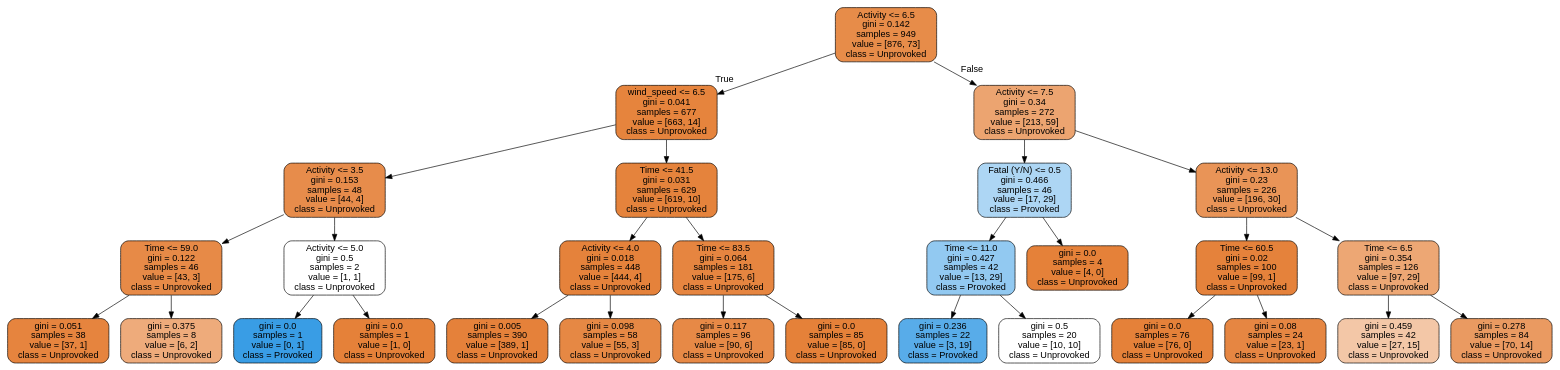
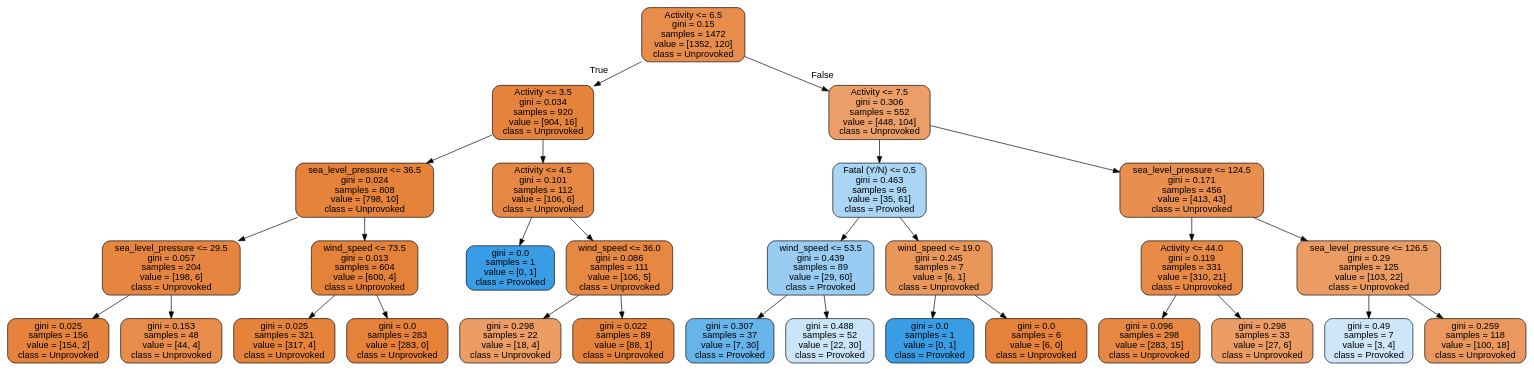
One commit to joshuapalicka/SharkAttackAnalysis changed the diagram in shark_attack_tree.dot. Above: the diagram before and after it, drawn with Graphviz. The commit also changed 5 other files, not shown here.

```diff
--- a/shark_attack_tree.dot
+++ b/shark_attack_tree.dot
@@ -1,61 +1,61 @@
 digraph Tree {
 node [shape=box, style="filled, rounded", color="black", fontname=helvetica] ;
 edge [fontname=helvetica] ;
-0 [label="Activity <= 6.5\ngini = 0.142\nsamples = 949\nvalue = [876, 73]\nclass = Unprovoked", fillcolor="#e78c49"] ;
-1 [label="wind_speed <= 6.5\ngini = 0.041\nsamples = 677\nvalue = [663, 14]\nclass = Unprovoked", fillcolor="#e6843d"] ;
+0 [label="Activity <= 6.5\ngini = 0.15\nsamples = 1472\nvalue = [1352, 120]\nclass = Unprovoked", fillcolor="#e78c4b"] ;
+1 [label="Activity <= 3.5\ngini = 0.034\nsamples = 920\nvalue = [904, 16]\nclass = Unprovoked", fillcolor="#e5833d"] ;
 0 -> 1 [labeldistance=2.5, labelangle=45, headlabel="True"] ;
-2 [label="Activity <= 3.5\ngini = 0.153\nsamples = 48\nvalue = [44, 4]\nclass = Unprovoked", fillcolor="#e78c4b"] ;
+2 [label="sea_level_pressure <= 36.5\ngini = 0.024\nsamples = 808\nvalue = [798, 10]\nclass = Unprovoked", fillcolor="#e5833b"] ;
 1 -> 2 ;
-3 [label="Time <= 59.0\ngini = 0.122\nsamples = 46\nvalue = [43, 3]\nclass = Unprovoked", fillcolor="#e78a47"] ;
+3 [label="sea_level_pressure <= 29.5\ngini = 0.057\nsamples = 204\nvalue = [198, 6]\nclass = Unprovoked", fillcolor="#e6853f"] ;
 2 -> 3 ;
-4 [label="gini = 0.051\nsamples = 38\nvalue = [37, 1]\nclass = Unprovoked", fillcolor="#e6843e"] ;
+4 [label="gini = 0.025\nsamples = 156\nvalue = [154, 2]\nclass = Unprovoked", fillcolor="#e5833c"] ;
 3 -> 4 ;
-5 [label="gini = 0.375\nsamples = 8\nvalue = [6, 2]\nclass = Unprovoked", fillcolor="#eeab7b"] ;
+5 [label="gini = 0.153\nsamples = 48\nvalue = [44, 4]\nclass = Unprovoked", fillcolor="#e78c4b"] ;
 3 -> 5 ;
-6 [label="Activity <= 5.0\ngini = 0.5\nsamples = 2\nvalue = [1, 1]\nclass = Unprovoked", fillcolor="#ffffff"] ;
+6 [label="wind_speed <= 73.5\ngini = 0.013\nsamples = 604\nvalue = [600, 4]\nclass = Unprovoked", fillcolor="#e5823a"] ;
 2 -> 6 ;
-7 [label="gini = 0.0\nsamples = 1\nvalue = [0, 1]\nclass = Provoked", fillcolor="#399de5"] ;
+7 [label="gini = 0.025\nsamples = 321\nvalue = [317, 4]\nclass = Unprovoked", fillcolor="#e5833b"] ;
 6 -> 7 ;
-8 [label="gini = 0.0\nsamples = 1\nvalue = [1, 0]\nclass = Unprovoked", fillcolor="#e58139"] ;
+8 [label="gini = 0.0\nsamples = 283\nvalue = [283, 0]\nclass = Unprovoked", fillcolor="#e58139"] ;
 6 -> 8 ;
-9 [label="Time <= 41.5\ngini = 0.031\nsamples = 629\nvalue = [619, 10]\nclass = Unprovoked", fillcolor="#e5833c"] ;
+9 [label="Activity <= 4.5\ngini = 0.101\nsamples = 112\nvalue = [106, 6]\nclass = Unprovoked", fillcolor="#e68844"] ;
 1 -> 9 ;
-10 [label="Activity <= 4.0\ngini = 0.018\nsamples = 448\nvalue = [444, 4]\nclass = Unprovoked", fillcolor="#e5823b"] ;
+10 [label="gini = 0.0\nsamples = 1\nvalue = [0, 1]\nclass = Provoked", fillcolor="#399de5"] ;
 9 -> 10 ;
-11 [label="gini = 0.005\nsamples = 390\nvalue = [389, 1]\nclass = Unprovoked", fillcolor="#e5813a"] ;
-10 -> 11 ;
-12 [label="gini = 0.098\nsamples = 58\nvalue = [55, 3]\nclass = Unprovoked", fillcolor="#e68844"] ;
-10 -> 12 ;
-13 [label="Time <= 83.5\ngini = 0.064\nsamples = 181\nvalue = [175, 6]\nclass = Unprovoked", fillcolor="#e68540"] ;
-9 -> 13 ;
-14 [label="gini = 0.117\nsamples = 96\nvalue = [90, 6]\nclass = Unprovoked", fillcolor="#e78946"] ;
-13 -> 14 ;
-15 [label="gini = 0.0\nsamples = 85\nvalue = [85, 0]\nclass = Unprovoked", fillcolor="#e58139"] ;
-13 -> 15 ;
-16 [label="Activity <= 7.5\ngini = 0.34\nsamples = 272\nvalue = [213, 59]\nclass = Unprovoked", fillcolor="#eca470"] ;
-0 -> 16 [labeldistance=2.5, labelangle=-45, headlabel="False"] ;
-17 [label="Fatal (Y/N) <= 0.5\ngini = 0.466\nsamples = 46\nvalue = [17, 29]\nclass = Provoked", fillcolor="#add6f4"] ;
+11 [label="wind_speed <= 36.0\ngini = 0.086\nsamples = 111\nvalue = [106, 5]\nclass = Unprovoked", fillcolor="#e68742"] ;
+9 -> 11 ;
+12 [label="gini = 0.298\nsamples = 22\nvalue = [18, 4]\nclass = Unprovoked", fillcolor="#eb9d65"] ;
+11 -> 12 ;
+13 [label="gini = 0.022\nsamples = 89\nvalue = [88, 1]\nclass = Unprovoked", fillcolor="#e5823b"] ;
+11 -> 13 ;
+14 [label="Activity <= 7.5\ngini = 0.306\nsamples = 552\nvalue = [448, 104]\nclass = Unprovoked", fillcolor="#eb9e67"] ;
+0 -> 14 [labeldistance=2.5, labelangle=-45, headlabel="False"] ;
+15 [label="Fatal (Y/N) <= 0.5\ngini = 0.463\nsamples = 96\nvalue = [35, 61]\nclass = Provoked", fillcolor="#abd5f4"] ;
+14 -> 15 ;
+16 [label="wind_speed <= 53.5\ngini = 0.439\nsamples = 89\nvalue = [29, 60]\nclass = Provoked", fillcolor="#99ccf2"] ;
+15 -> 16 ;
+17 [label="gini = 0.307\nsamples = 37\nvalue = [7, 30]\nclass = Provoked", fillcolor="#67b4eb"] ;
 16 -> 17 ;
-18 [label="Time <= 11.0\ngini = 0.427\nsamples = 42\nvalue = [13, 29]\nclass = Provoked", fillcolor="#92c9f1"] ;
-17 -> 18 ;
-19 [label="gini = 0.236\nsamples = 22\nvalue = [3, 19]\nclass = Provoked", fillcolor="#58ace9"] ;
-18 -> 19 ;
-20 [label="gini = 0.5\nsamples = 20\nvalue = [10, 10]\nclass = Unprovoked", fillcolor="#ffffff"] ;
-18 -> 20 ;
-21 [label="gini = 0.0\nsamples = 4\nvalue = [4, 0]\nclass = Unprovoked", fillcolor="#e58139"] ;
-17 -> 21 ;
-22 [label="Activity <= 13.0\ngini = 0.23\nsamples = 226\nvalue = [196, 30]\nclass = Unprovoked", fillcolor="#e99457"] ;
-16 -> 22 ;
-23 [label="Time <= 60.5\ngini = 0.02\nsamples = 100\nvalue = [99, 1]\nclass = Unprovoked", fillcolor="#e5823b"] ;
+18 [label="gini = 0.488\nsamples = 52\nvalue = [22, 30]\nclass = Provoked", fillcolor="#cae5f8"] ;
+16 -> 18 ;
+19 [label="wind_speed <= 19.0\ngini = 0.245\nsamples = 7\nvalue = [6, 1]\nclass = Unprovoked", fillcolor="#e9965a"] ;
+15 -> 19 ;
+20 [label="gini = 0.0\nsamples = 1\nvalue = [0, 1]\nclass = Provoked", fillcolor="#399de5"] ;
+19 -> 20 ;
+21 [label="gini = 0.0\nsamples = 6\nvalue = [6, 0]\nclass = Unprovoked", fillcolor="#e58139"] ;
+19 -> 21 ;
+22 [label="sea_level_pressure <= 124.5\ngini = 0.171\nsamples = 456\nvalue = [413, 43]\nclass = Unprovoked", fillcolor="#e88e4e"] ;
+14 -> 22 ;
+23 [label="Activity <= 44.0\ngini = 0.119\nsamples = 331\nvalue = [310, 21]\nclass = Unprovoked", fillcolor="#e78a46"] ;
 22 -> 23 ;
-24 [label="gini = 0.0\nsamples = 76\nvalue = [76, 0]\nclass = Unprovoked", fillcolor="#e58139"] ;
+24 [label="gini = 0.096\nsamples = 298\nvalue = [283, 15]\nclass = Unprovoked", fillcolor="#e68843"] ;
 23 -> 24 ;
-25 [label="gini = 0.08\nsamples = 24\nvalue = [23, 1]\nclass = Unprovoked", fillcolor="#e68642"] ;
+25 [label="gini = 0.298\nsamples = 33\nvalue = [27, 6]\nclass = Unprovoked", fillcolor="#eb9d65"] ;
 23 -> 25 ;
-26 [label="Time <= 6.5\ngini = 0.354\nsamples = 126\nvalue = [97, 29]\nclass = Unprovoked", fillcolor="#eda774"] ;
+26 [label="sea_level_pressure <= 126.5\ngini = 0.29\nsamples = 125\nvalue = [103, 22]\nclass = Unprovoked", fillcolor="#eb9c63"] ;
 22 -> 26 ;
-27 [label="gini = 0.459\nsamples = 42\nvalue = [27, 15]\nclass = Unprovoked", fillcolor="#f3c7a7"] ;
+27 [label="gini = 0.49\nsamples = 7\nvalue = [3, 4]\nclass = Provoked", fillcolor="#cee6f8"] ;
 26 -> 27 ;
-28 [label="gini = 0.278\nsamples = 84\nvalue = [70, 14]\nclass = Unprovoked", fillcolor="#ea9a61"] ;
+28 [label="gini = 0.259\nsamples = 118\nvalue = [100, 18]\nclass = Unprovoked", fillcolor="#ea985d"] ;
 26 -> 28 ;
 }
```
